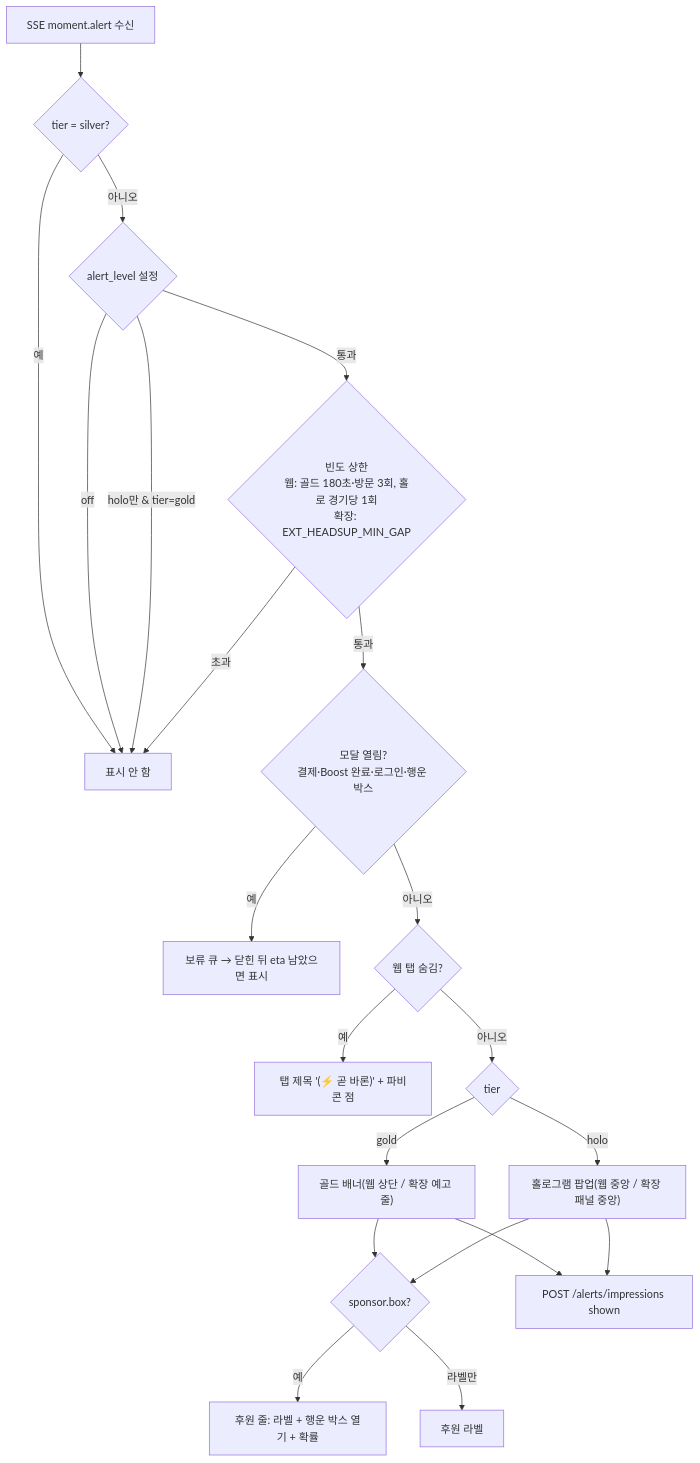
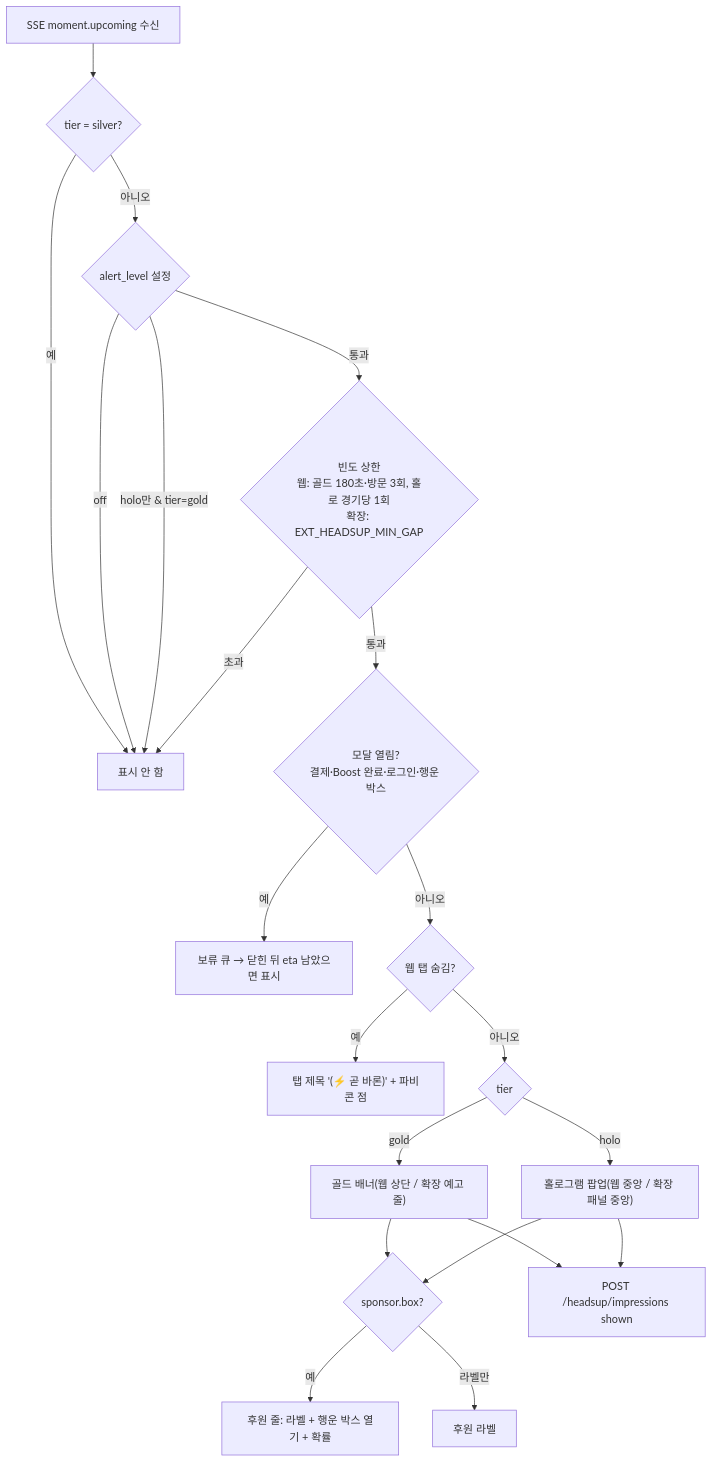
One commit to yhc-pie/rorr-hero changed the fourth of 16 diagrams in handoff/11-flowcharts.md. Above: the diagram before and after it, drawn with Mermaid. The commit also changed other lines of this file and 25 other files, not shown here.

````diff
--- a/handoff/11-flowcharts.md
+++ b/handoff/11-flowcharts.md
@@ -117,23 +117,23 @@
 ```mermaid
 flowchart TD
-  A["SSE moment.alert 수신"] --> B{"tier = silver?"}
+  A["SSE moment.upcoming 수신"] --> B{"tier = silver?"}
   B -- "예" --> X["표시 안 함"]
   B -- "아니오" --> C{"alert_level 설정"}
   C -- "off" --> X
   C -- "holo만 & tier=gold" --> X
   C -- "통과" --> D{"빈도 상한<br/>웹: 골드 180초·방문 3회, 홀로 경기당 1회<br/>확장: EXT_HEADSUP_MIN_GAP"}
   D -- "초과" --> X
   D -- "통과" --> E{"모달 열림?<br/>결제·Boost 완료·로그인·행운 박스"}
   E -- "예" --> Q["보류 큐 → 닫힌 뒤 eta 남았으면 표시"]
   E -- "아니오" --> F{"웹 탭 숨김?"}
   F -- "예" --> T["탭 제목 '(⚡ 곧 바론)' + 파비콘 점"]
   F -- "아니오" --> G{"tier"}
   G -- "gold" --> H["골드 배너(웹 상단 / 확장 예고 줄)"]
   G -- "holo" --> I["홀로그램 팝업(웹 중앙 / 확장 패널 중앙)"]
   H --> S{"sponsor.box?"}
   I --> S
   S -- "예" --> SP["후원 줄: 라벨 + 행운 박스 열기 + 확률"]
   S -- "라벨만" --> SL["후원 라벨"]
-  H --> L["POST /alerts/impressions shown"]
+  H --> L["POST /headsup/impressions shown"]
   I --> L
 ```
````
